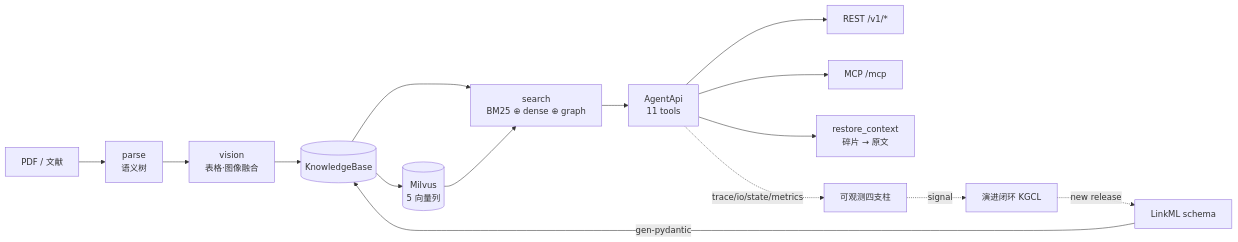
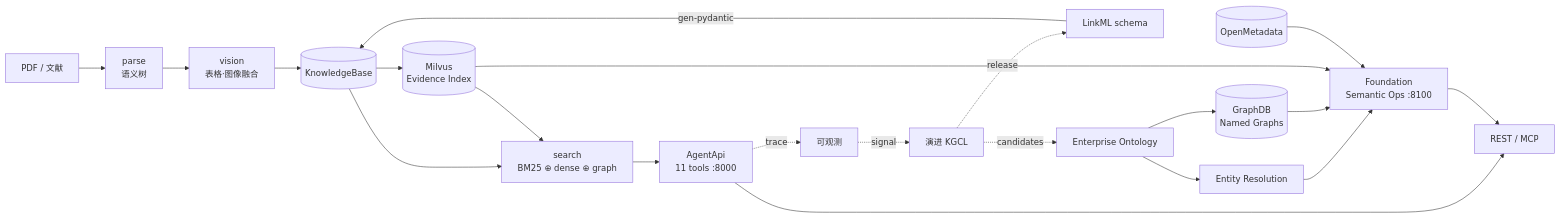
One commit to zhiweio/biomed-ontology changed the diagram in README.md. Above: the diagram before and after it, drawn with Mermaid. The commit also changed other lines of this file and 87 other files, not shown here.

````diff
--- a/README.md
+++ b/README.md
@@ -120,17 +154,23 @@
 ```mermaid
 flowchart LR
     PDF[PDF / 文献] --> P[parse<br/>语义树]
     P --> V[vision<br/>表格·图像融合]
     V --> KB[(KnowledgeBase)]
     ONT[LinkML schema] -->|gen-pydantic| KB
     KB --> S[search<br/>BM25 ⊕ dense ⊕ graph]
-    KB --> M[(Milvus<br/>5 向量列)]
+    KB --> M[(Milvus<br/>Evidence Index)]
     M --> S
-    S --> API[AgentApi<br/>11 tools]
-    API --> REST[REST /v1/*]
-    API --> MCP[MCP /mcp]
-    API --> C[restore_context<br/>碎片 → 原文]
-    API -.trace/io/state/metrics.-> OBS[可观测四支柱]
-    OBS -.signal.-> EVO[演进闭环 KGCL]
-    EVO -.new release.-> ONT
+    S --> API[AgentApi<br/>11 tools :8000]
+    ENT[Enterprise Ontology] --> GDB[(GraphDB<br/>Named Graphs)]
+    ENT --> RES[Entity Resolution]
+    RES --> FAPI[Foundation<br/>Semantic Ops :8100]
+    GDB --> FAPI
+    M --> FAPI
+    OM[(OpenMetadata)] --> FAPI
+    API --> REST[REST / MCP]
+    FAPI --> REST
+    API -.trace.-> OBS[可观测]
+    OBS -.signal.-> EVO[演进 KGCL]
+    EVO -.release.-> ONT
+    EVO -.candidates.-> ENT
 ```
````
